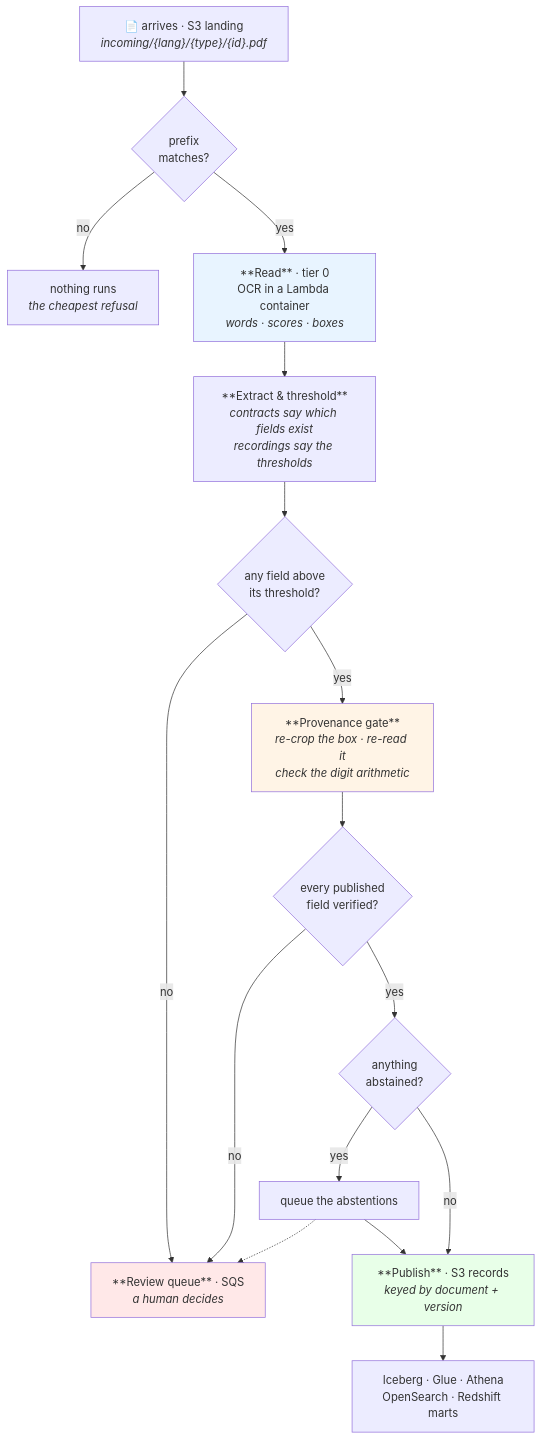
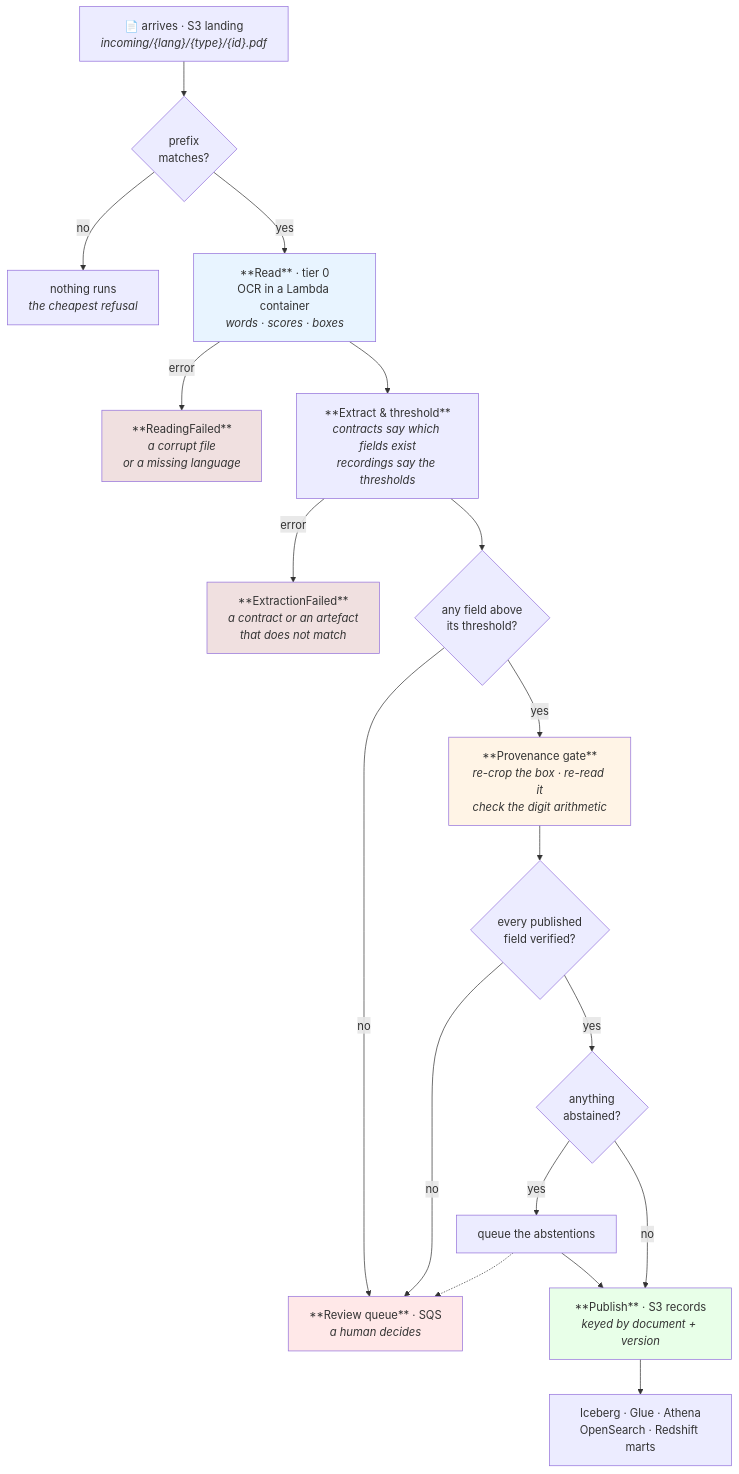
Before and after one commit to theofanis-tsakanikas/manifest: the first of 4 diagrams in notes/ARCHITECTURE.md, drawn with Mermaid. The commit also changed other lines of this file and 3 other files, not shown here.

````diff
--- a/notes/ARCHITECTURE.md
+++ b/notes/ARCHITECTURE.md
@@ -25,27 +25,31 @@
 ```mermaid
 flowchart TB
     A["📄 arrives · S3 landing<br/><i>incoming/{lang}/{type}/{id}.pdf</i>"] --> B{"prefix<br/>matches?"}
     B -- no --> BX["nothing runs<br/><i>the cheapest refusal</i>"]
     B -- yes --> D["**Read** · tier 0<br/>OCR in a Lambda container<br/><i>words · scores · boxes</i>"]
 
+    D -- error --> RF["**ReadingFailed**<br/><i>a corrupt file<br/>or a missing language</i>"]
     D --> E["**Extract & threshold**<br/><i>contracts say which fields exist<br/>recordings say the thresholds</i>"]
+    E -- error --> EF["**ExtractionFailed**<br/><i>a contract or an artefact<br/>that does not match</i>"]
     E --> F{"any field above<br/>its threshold?"}
 
     F -- no --> Q["**Review queue** · SQS<br/><i>a human decides</i>"]
     F -- yes --> G["**Provenance gate**<br/><i>re-crop the box · re-read it<br/>check the digit arithmetic</i>"]
 
     G --> H{"every published<br/>field verified?"}
     H -- no --> Q
     H -- yes --> I{"anything<br/>abstained?"}
 
     I -- yes --> Q2["queue the abstentions"]
     Q2 --> J["**Publish** · S3 records<br/><i>keyed by document + version</i>"]
     I -- no --> J
     Q2 -.-> Q
     J --> K["Iceberg · Glue · Athena<br/>OpenSearch · Redshift marts"]
 
     style D fill:#e8f4ff
     style G fill:#fff4e6
     style Q fill:#ffe8e8
     style J fill:#e8ffe8
+    style RF fill:#f0e0e0
+    style EF fill:#f0e0e0
 ```
````
